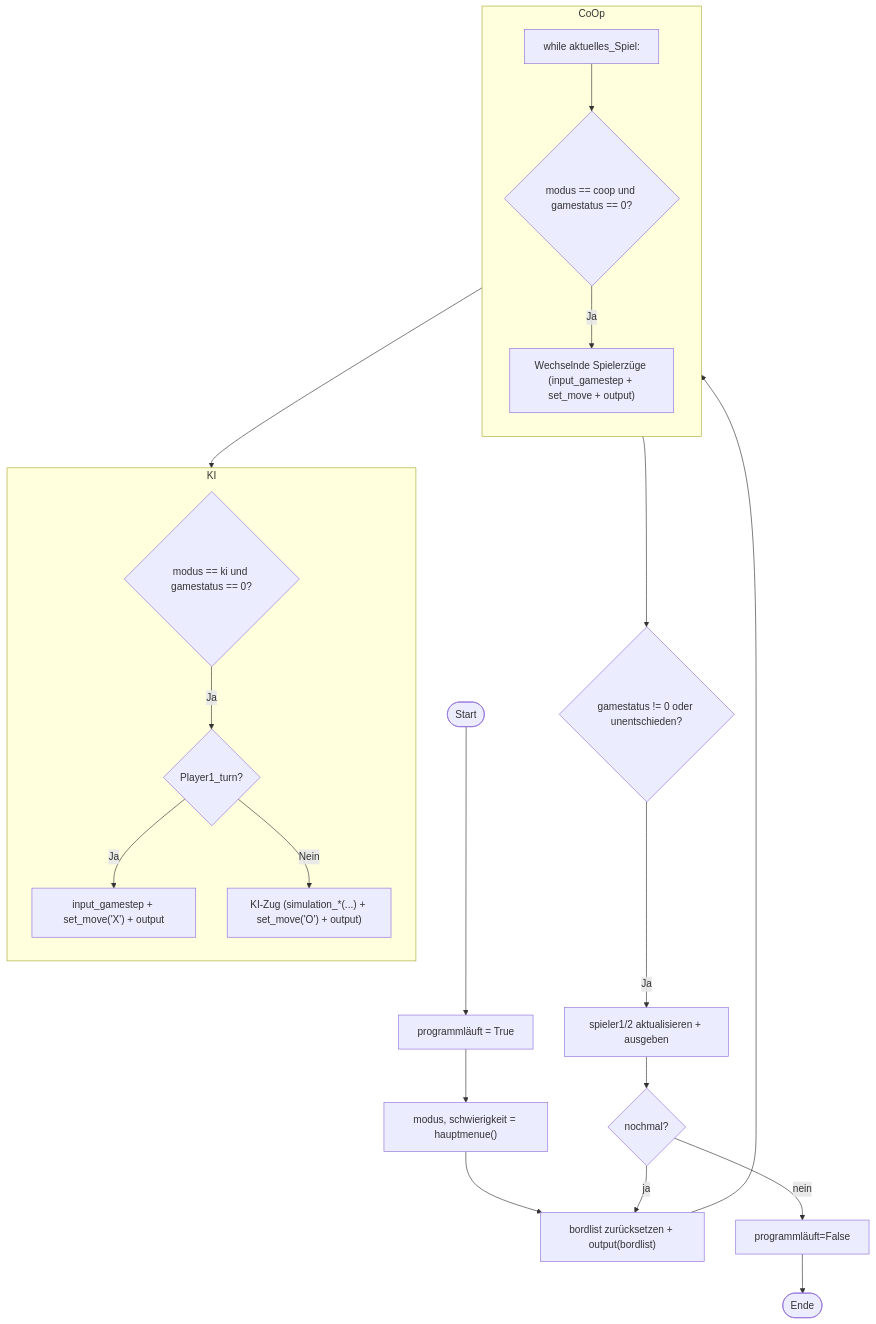
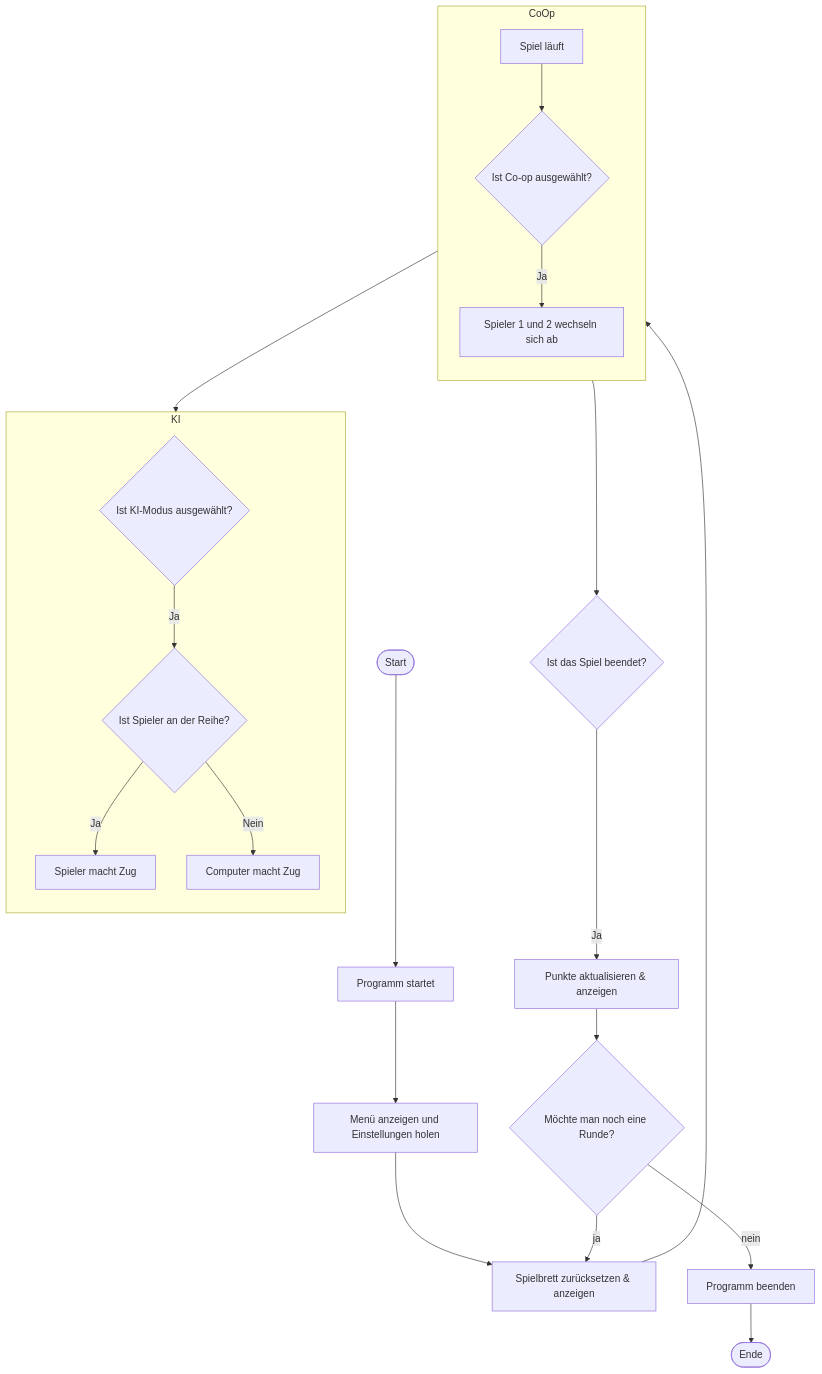
The second of 13 diagrams in flowchart.md (Finn965/Informatik-1-Softwareprojekt), drawn with Mermaid before and after one commit. The commit also changed other lines of this file, not shown here.

````diff
--- a/flowchart.md
+++ b/flowchart.md
@@ -33,32 +33,32 @@
 ```mermaid
 flowchart TD
     Start([Start])
-    Start --> LoopStart["programmläuft = True"]
-    LoopStart --> Menu["modus, schwierigkeit = hauptmenue()"]
-    Menu --> Init["bordlist zurücksetzen + output(bordlist)"]
+    Start --> LoopStart["Programm startet"]
+    LoopStart --> Menu["Menü anzeigen und Einstellungen holen"]
+    Menu --> Init["Spielbrett zurücksetzen & anzeigen"]
 
-    Loop["while aktuelles_Spiel:"]
+    Loop["Spiel läuft"]
     Init --> Loop
 
     subgraph CoOp
         direction TB
-        Loop --> CoOpCheck{"modus == coop und gamestatus == 0?"}
-        CoOpCheck -- Ja --> CoOpMoves["Wechselnde Spielerzüge (input_gamestep + set_move + output)"]
+        Loop --> CoOpCheck{"Ist Co-op ausgewählt?"}
+        CoOpCheck -- Ja --> CoOpMoves["Spieler 1 und 2 wechseln sich ab"]
     end
 
     subgraph KI
         direction TB
-        Loop --> KICheck{"modus == ki und gamestatus == 0?"}
-        KICheck -- Ja --> PlayerTurn{Player1_turn?}
-        PlayerTurn -- Ja --> PlayerMove["input_gamestep + set_move('X') + output"]
-        PlayerTurn -- Nein --> BotMove["KI-Zug (simulation_*(...) + set_move('O') + output)"]
+        Loop --> KICheck{"Ist KI-Modus ausgewählt?"}
+        KICheck -- Ja --> PlayerTurn{"Ist Spieler an der Reihe?"}
+        PlayerTurn -- Ja --> PlayerMove["Spieler macht Zug"]
+        PlayerTurn -- Nein --> BotMove["Computer macht Zug"]
     end
 
-    Loop --> EndCheck{gamestatus != 0 oder unentschieden?}
-    EndCheck -- Ja --> Score["spieler1/2 aktualisieren + ausgeben"]
-    Score --> Replay{nochmal?}
+    Loop --> EndCheck{"Ist das Spiel beendet?"}
+    EndCheck -- Ja --> Score["Punkte aktualisieren & anzeigen"]
+    Score --> Replay{"Möchte man noch eine Runde?"}
     Replay -- ja --> Init
-    Replay -- nein --> End["programmläuft=False"]
+    Replay -- nein --> End["Programm beenden"]
 
     End --> Stop([Ende])
 ```
````
